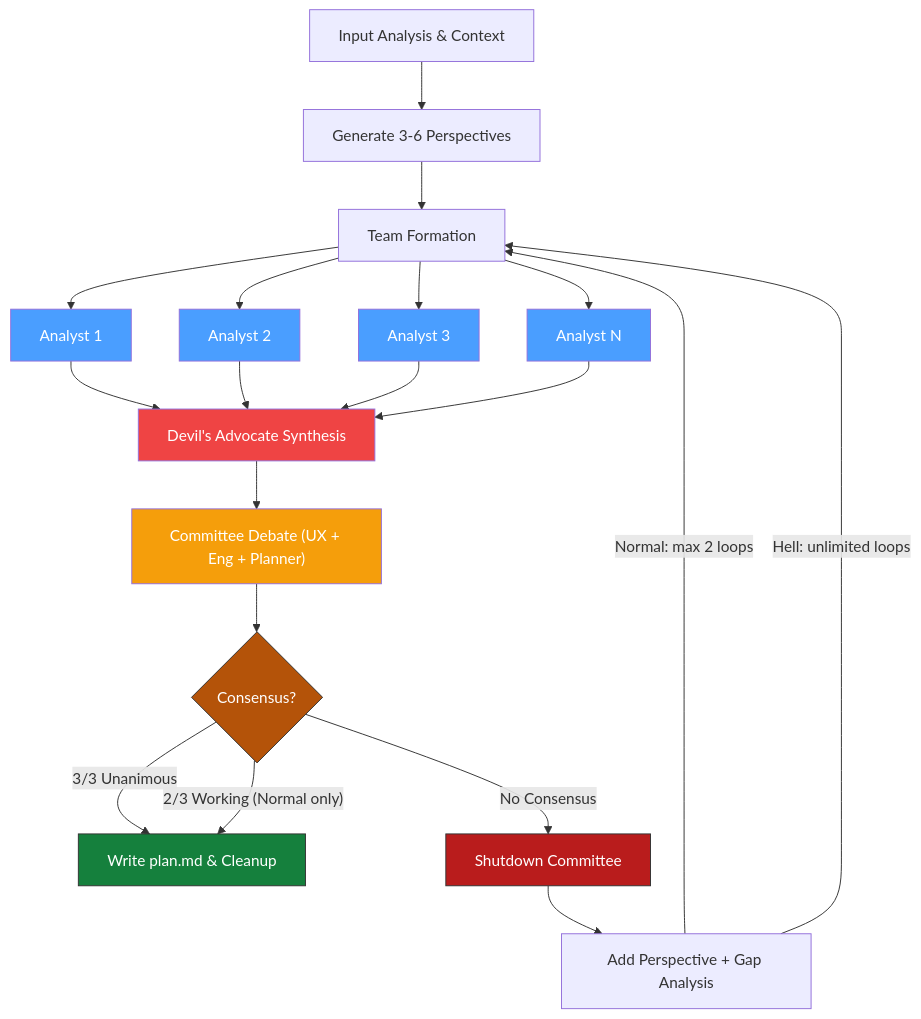
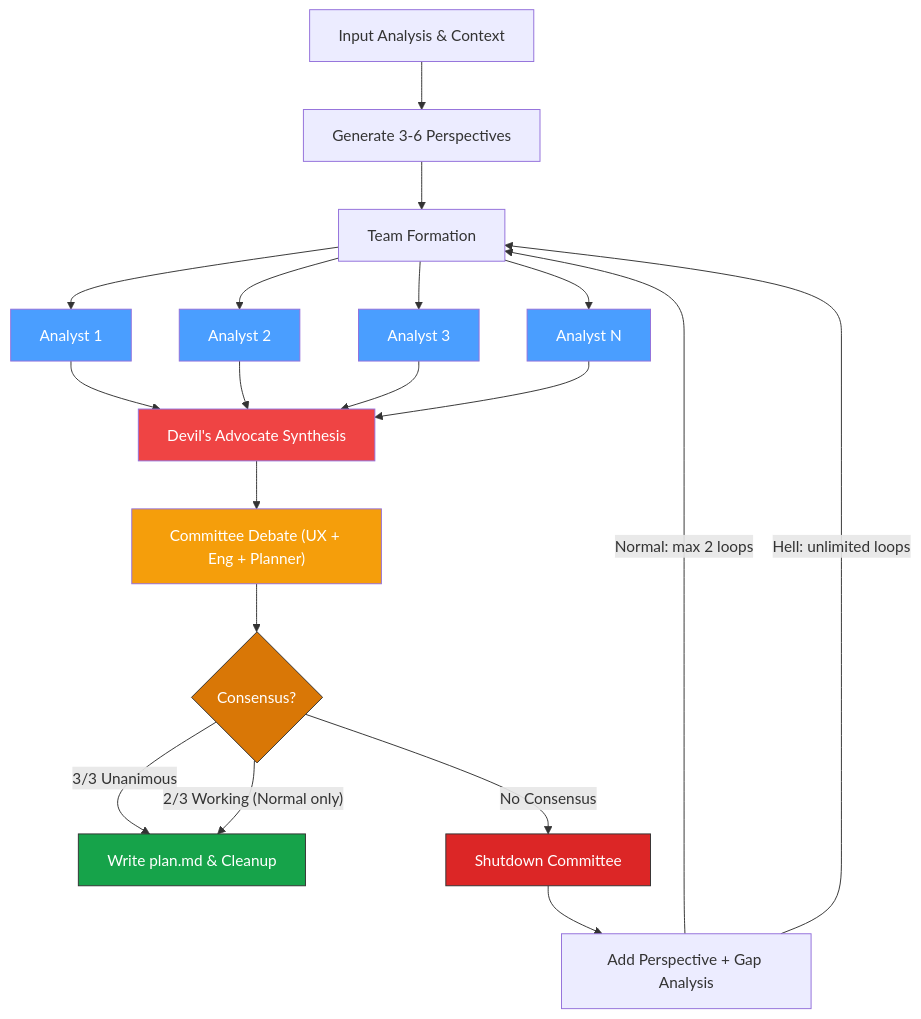
One commit to valentin1235/prism changed the third of 3 diagrams in README.md. Above: the diagram before and after it, drawn with Mermaid.

Commit message:
docs: balance plan diagram colors between vibrancy and readability

````diff
--- a/README.md
+++ b/README.md
@@ -305,36 +305,36 @@
 ```mermaid
 graph TD
     A[Input Analysis & Context] --> B[Generate 3-6 Perspectives]
     B --> C[Team Formation]
 
     C --> D1[Analyst 1]
     C --> D2[Analyst 2]
     C --> D3[Analyst 3]
     C --> DN[Analyst N]
 
     D1 --> E[Devil's Advocate Synthesis]
     D2 --> E
     D3 --> E
     DN --> E
 
     E --> F["Committee Debate (UX + Eng + Planner)"]
     F --> G{Consensus?}
 
     G -->|"3/3 Unanimous"| H["Write plan.md & Cleanup"]
     G -->|"2/3 Working (Normal only)"| H
     G -->|"No Consensus"| I[Shutdown Committee]
     I --> J[Add Perspective + Gap Analysis]
 
     J -->|"Normal: max 2 loops"| C
     J -->|"Hell: unlimited loops"| C
 
     style D1 fill:#4a9eff,color:#fff
     style D2 fill:#4a9eff,color:#fff
     style D3 fill:#4a9eff,color:#fff
     style DN fill:#4a9eff,color:#fff
     style E fill:#ef4444,color:#fff
     style F fill:#f59e0b,color:#fff
-    style G fill:#b45309,color:#fff,stroke:#333
-    style H fill:#15803d,color:#fff,stroke:#333
-    style I fill:#b91c1c,color:#fff,stroke:#333
+    style G fill:#d97706,color:#fff,stroke:#333
+    style H fill:#16a34a,color:#fff,stroke:#333
+    style I fill:#dc2626,color:#fff,stroke:#333
 ```
````
